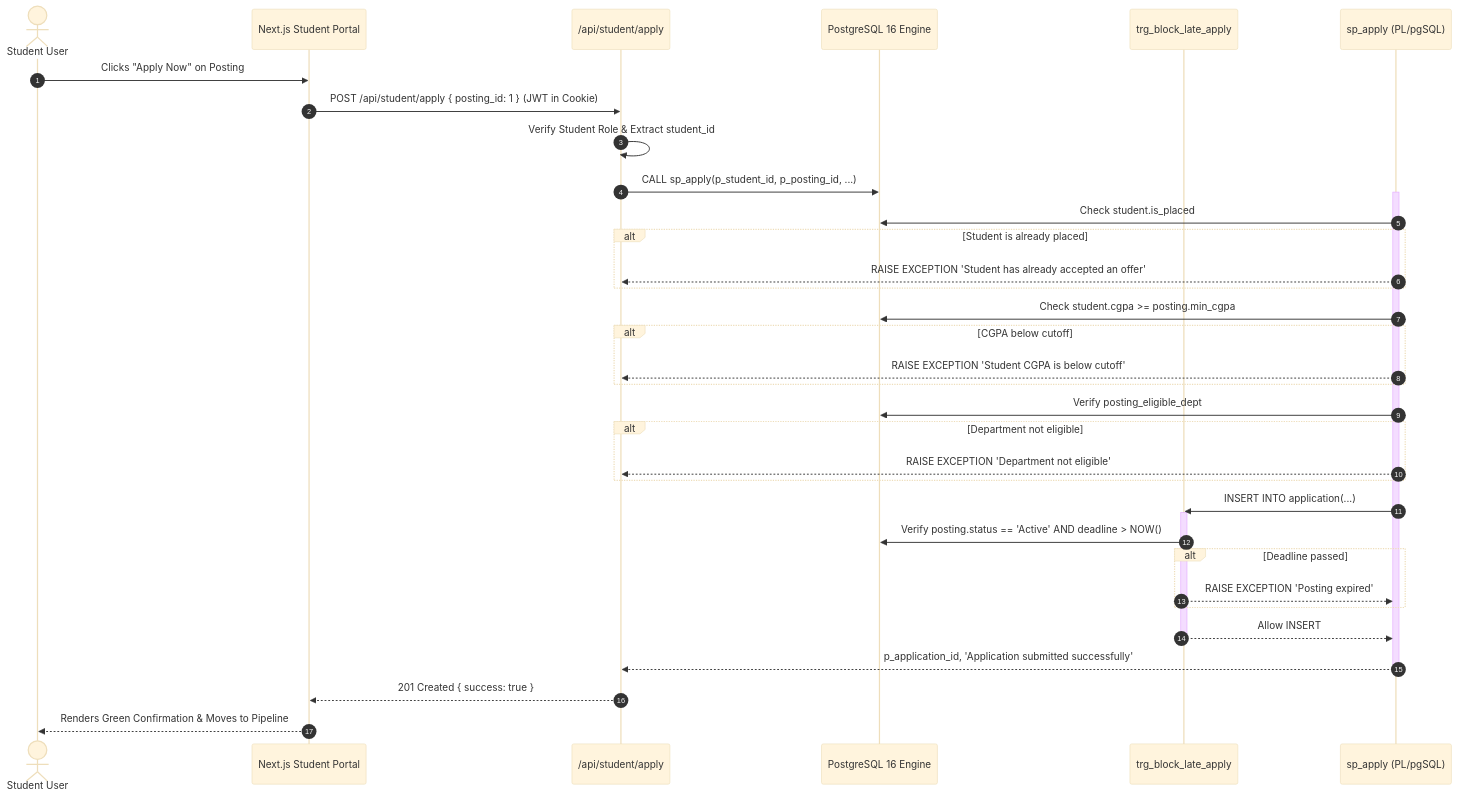
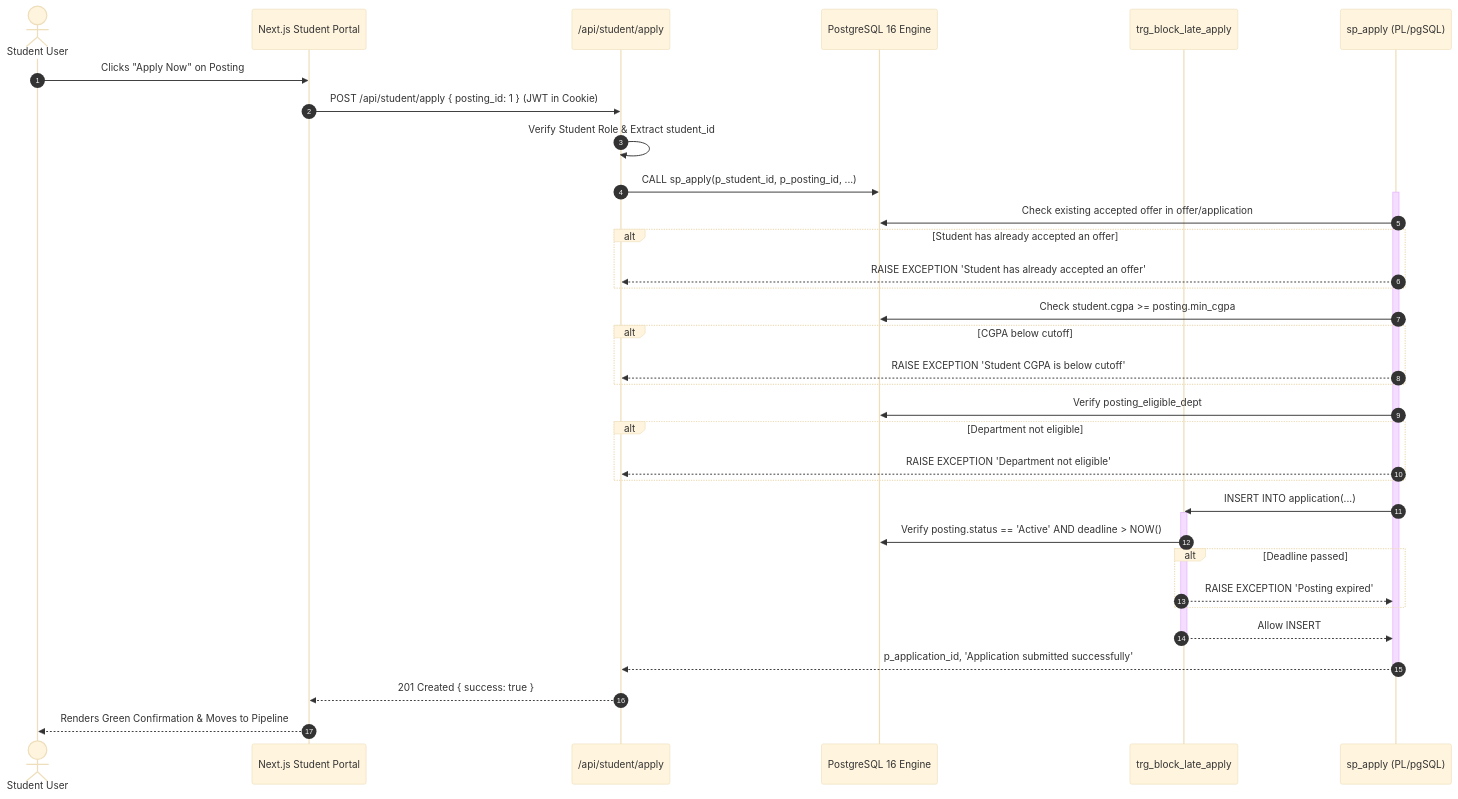
One commit to Sumukh-2006/DBMS_Mini-Project changed the second of 3 diagrams in docs/10_architecture.md. Above: the diagram before and after it, drawn with Mermaid (base theme). The commit also changed other lines of this file and 26 other files, not shown here.

````diff
--- a/docs/10_architecture.md
+++ b/docs/10_architecture.md
@@ -61,46 +61,46 @@
 ```mermaid
 sequenceDiagram
     autonumber
     actor Student as Student User
     participant Frontend as Next.js Student Portal
     participant API as /api/student/apply
     participant Postgres as PostgreSQL 16 Engine
     participant Trigger as trg_block_late_apply
     participant Procedure as sp_apply (PL/pgSQL)
 
     Student->>Frontend: Clicks "Apply Now" on Posting #1
     Frontend->>API: POST /api/student/apply { posting_id: 1 } (JWT in Cookie)
     API->>API: Verify Student Role & Extract student_id
     API->>Postgres: CALL sp_apply(p_student_id, p_posting_id, ...);
     
     activate Procedure
-    Procedure->>Postgres: Check student.is_placed
-    alt Student is already placed
+    Procedure->>Postgres: Check existing accepted offer in offer/application
+    alt Student has already accepted an offer
         Procedure-->>API: RAISE EXCEPTION 'Student has already accepted an offer'
     end
 
     Procedure->>Postgres: Check student.cgpa >= posting.min_cgpa
     alt CGPA below cutoff
         Procedure-->>API: RAISE EXCEPTION 'Student CGPA is below cutoff'
     end
 
     Procedure->>Postgres: Verify posting_eligible_dept
     alt Department not eligible
         Procedure-->>API: RAISE EXCEPTION 'Department not eligible'
     end
 
     Procedure->>Trigger: INSERT INTO application(...)
     activate Trigger
     Trigger->>Postgres: Verify posting.status == 'Active' AND deadline > NOW()
     alt Deadline passed
         Trigger-->>Procedure: RAISE EXCEPTION 'Posting expired'
     end
     Trigger-->>Procedure: Allow INSERT
     deactivate Trigger
 
     Procedure-->>API: p_application_id, 'Application submitted successfully'
     deactivate Procedure
 
     API-->>Frontend: 201 Created { success: true }
     Frontend-->>Student: Renders Green Confirmation & Moves to Pipeline
 ```
````
